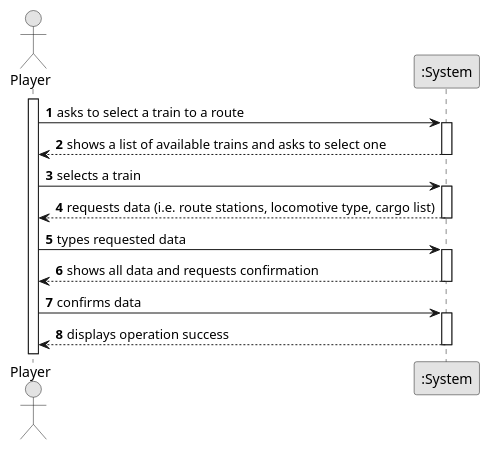
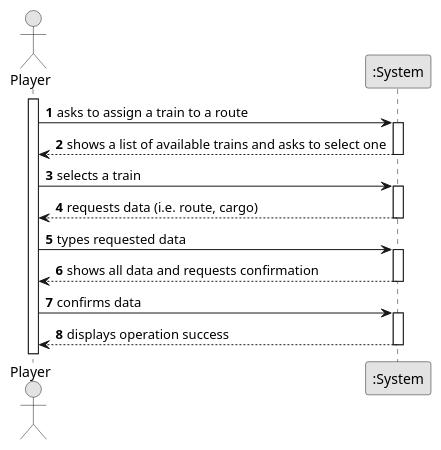
The diagram in docs/system-documentation/US010/01.requirements-engineering/puml/US010-SSD.puml (bruno-monteiro5/sem2-pi-24.25-g132-repo), drawn with PlantUML before and after one commit. The commit also changed 3 other files, not shown here.

```diff
--- a/docs/system-documentation/US010/01.requirements-engineering/puml/US010-SSD.puml
+++ b/docs/system-documentation/US010/01.requirements-engineering/puml/US010-SSD.puml
@@ -1,36 +1,36 @@
 @startuml
 skinparam monochrome true
 skinparam packageStyle rectangle
 skinparam shadowing false
 
 autonumber
 
 actor "Player" as Employee
 participant ":System" as System
 
 activate Employee
 
-    Employee -> System : asks to select a train to a route
+    Employee -> System : asks to assign a train to a route
     activate System
 
         System --> Employee : shows a list of available trains and asks to select one
     deactivate System
 
     Employee -> System : selects a train
     activate System
 
-        System --> Employee : requests data (i.e. route stations, locomotive type, cargo list)
+        System --> Employee : requests data (i.e. route, cargo)
     deactivate System
 
     Employee -> System : types requested data
     activate System
 
         System --> Employee : shows all data and requests confirmation
     deactivate System
 
     Employee -> System : confirms data
     activate System
 
         System --> Employee : displays operation success
     deactivate System
 @enduml
```
